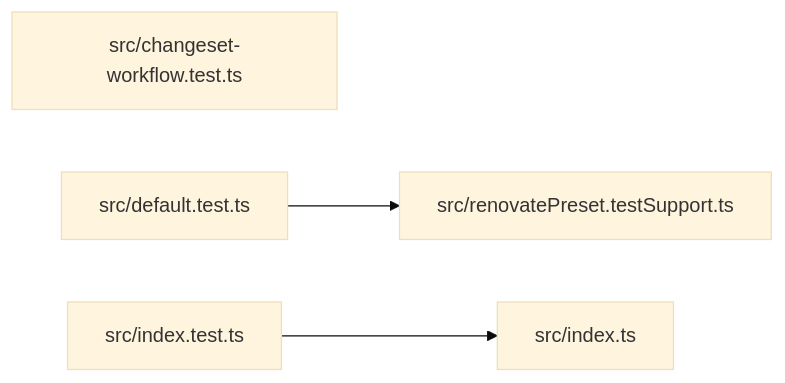
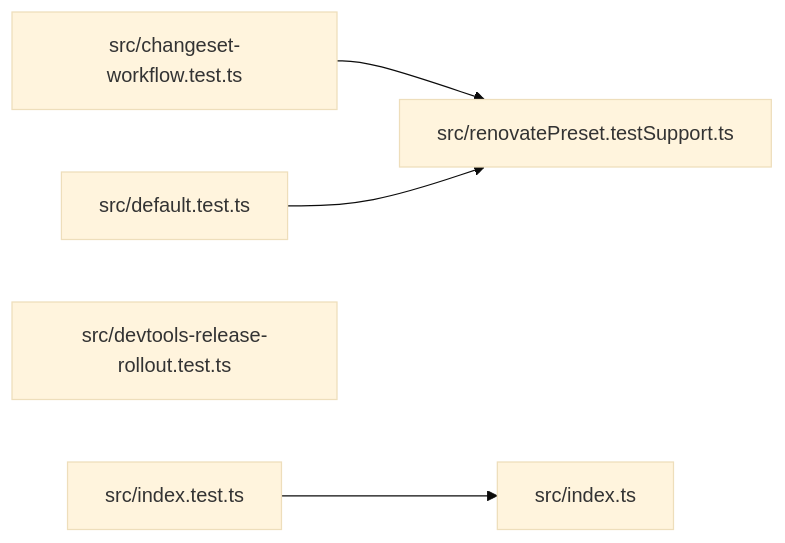
Before and after one commit to ankhorage/renovate: the diagram in paradox/diagrams/module-relationships.mmd, drawn with Mermaid (base theme). The commit also changed 13 other files, not shown here.

```diff
--- a/paradox/diagrams/module-relationships.mmd
+++ b/paradox/diagrams/module-relationships.mmd
@@ -1,8 +1,10 @@
 graph LR
   module_src_changeset_workflow_test_ts["src/changeset-workflow.test.ts"]
   module_src_default_test_ts["src/default.test.ts"]
+  module_src_devtools_release_rollout_test_ts["src/devtools-release-rollout.test.ts"]
   module_src_index_test_ts["src/index.test.ts"]
   module_src_index_ts["src/index.ts"]
   module_src_renovatePreset_testSupport_ts["src/renovatePreset.testSupport.ts"]
+  module_src_changeset_workflow_test_ts --> module_src_renovatePreset_testSupport_ts
   module_src_default_test_ts --> module_src_renovatePreset_testSupport_ts
   module_src_index_test_ts --> module_src_index_ts
```
